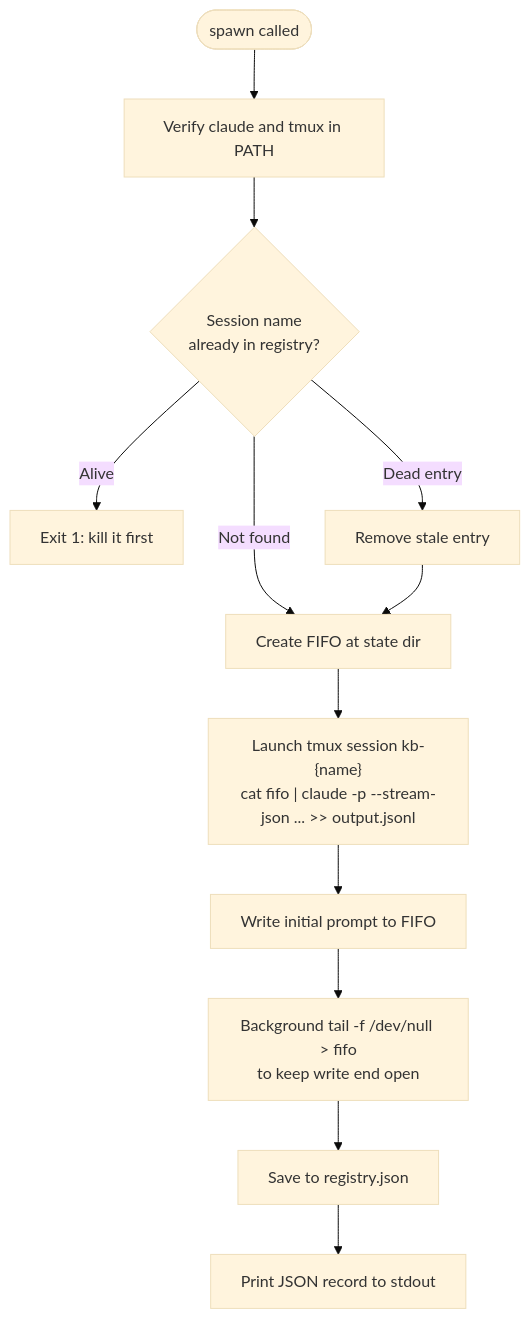
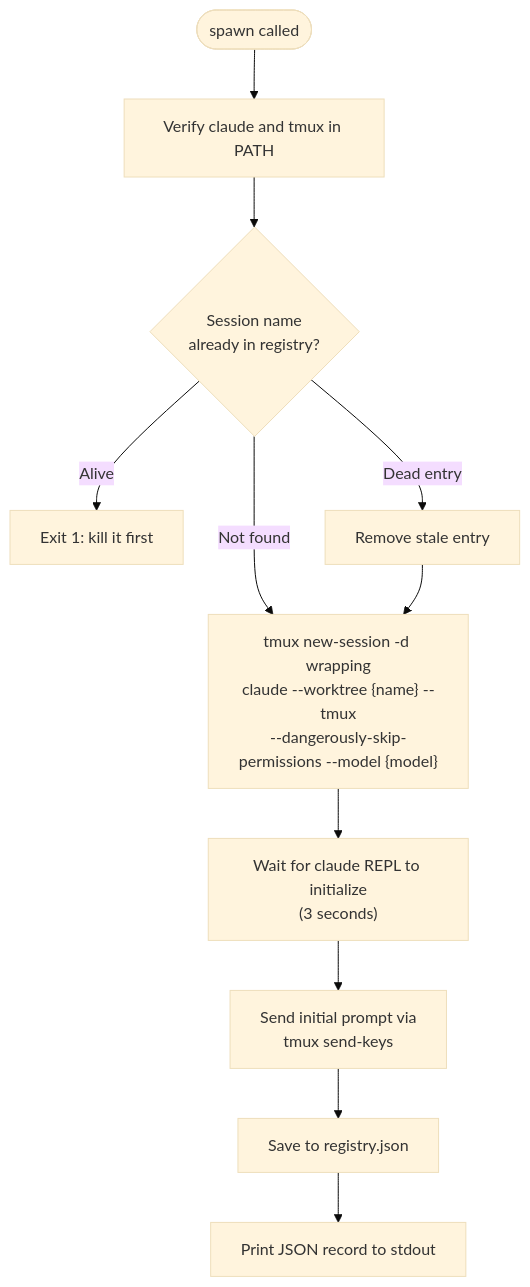
One commit to chgreer1070/claude_skills changed the first of 2 diagrams in plugins/development-harness/skills/kage-bunshin/SKILL.md. Above: the diagram before and after it, drawn with Mermaid (base theme). The commit also changed other lines of this file and 7 other files, not shown here.

First line of the commit message:
refactor(kage-bunshin): replace FIFO+stream-json with interactive tmux sessions

````diff
--- a/plugins/development-harness/skills/kage-bunshin/SKILL.md
+++ b/plugins/development-harness/skills/kage-bunshin/SKILL.md
@@ -62,14 +50,13 @@
 ```mermaid
 flowchart TD
     Start(["spawn called"]) --> Verify["Verify claude and tmux in PATH"]
     Verify --> Check{"Session name<br>already in registry?"}
     Check -->|"Alive"| Fail["Exit 1: kill it first"]
     Check -->|"Dead entry"| Clean["Remove stale entry"]
-    Check -->|"Not found"| Create
-    Clean --> Create["Create FIFO at state dir"]
-    Create --> Tmux["Launch tmux session kb-{name}<br>cat fifo | claude -p --stream-json ... >> output.jsonl"]
-    Tmux --> Prompt["Write initial prompt to FIFO"]
-    Prompt --> Hold["Background tail -f /dev/null > fifo<br>to keep write end open"]
-    Hold --> Register["Save to registry.json"]
+    Check -->|"Not found"| Launch
+    Clean --> Launch["tmux new-session -d wrapping<br>claude --worktree {name} --tmux<br>--dangerously-skip-permissions --model {model}"]
+    Launch --> Wait["Wait for claude REPL to initialize<br>(3 seconds)"]
+    Wait --> Prompt["Send initial prompt via<br>tmux send-keys"]
+    Prompt --> Register["Save to registry.json"]
     Register --> Print["Print JSON record to stdout"]
 ```
````
